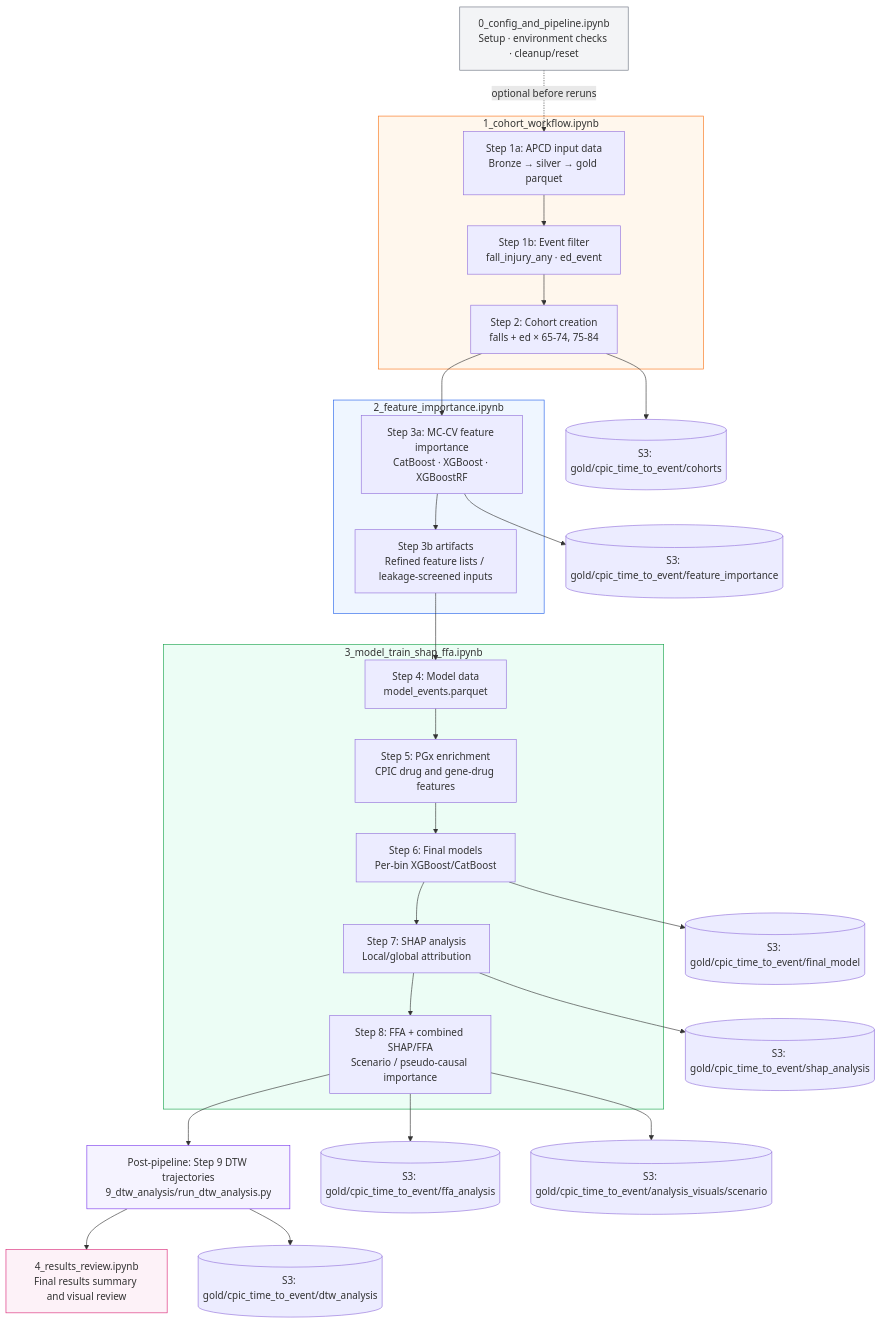
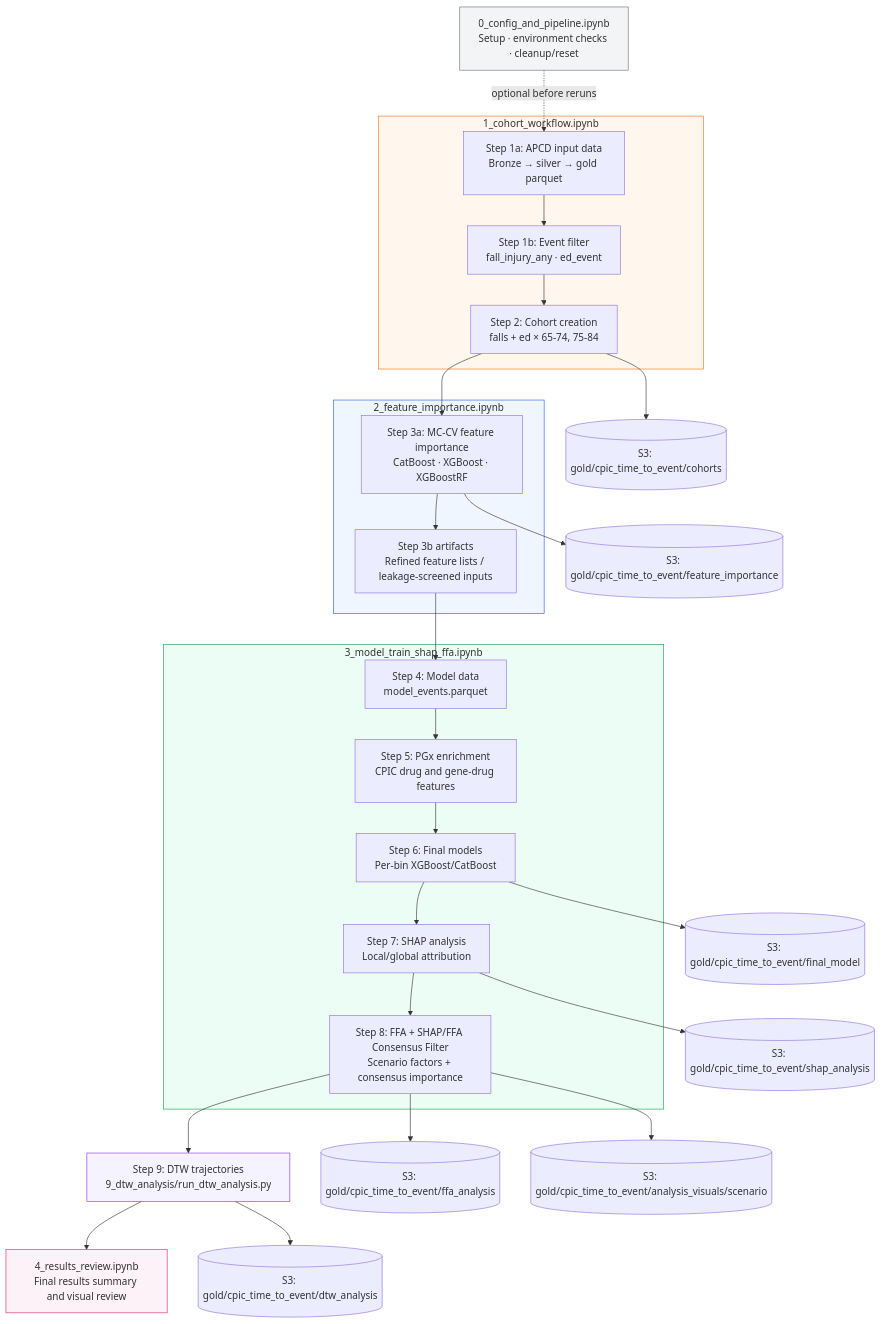
One commit to Jerome3590/cpic_time_to_event_analysis changed the diagram in README.md. Above: the diagram before and after it, drawn with Mermaid. The commit also changed other lines of this file and 2 other files, not shown here.

````diff
--- a/README.md
+++ b/README.md
@@ -86,44 +94,44 @@
 ```mermaid
 flowchart TD
     SETUP["0_config_and_pipeline.ipynb<br/>Setup · environment checks · cleanup/reset"]
 
     subgraph N1["1_cohort_workflow.ipynb"]
         A["Step 1a: APCD input data<br/>Bronze → silver → gold parquet"]
         B["Step 1b: Event filter<br/>fall_injury_any · ed_event"]
         C["Step 2: Cohort creation<br/>falls + ed × 65-74, 75-84"]
     end
 
     subgraph N2["2_feature_importance.ipynb"]
         D["Step 3a: MC-CV feature importance<br/>CatBoost · XGBoost · XGBoostRF"]
         E["Step 3b artifacts<br/>Refined feature lists / leakage-screened inputs"]
     end
 
     subgraph N3["3_model_train_shap_ffa.ipynb"]
         F["Step 4: Model data<br/>model_events.parquet"]
         G["Step 5: PGx enrichment<br/>CPIC drug and gene-drug features"]
         H["Step 6: Final models<br/>Per-bin XGBoost/CatBoost"]
         I["Step 7: SHAP analysis<br/>Local/global attribution"]
-        J["Step 8: FFA + combined SHAP/FFA<br/>Scenario / pseudo-causal importance"]
+        J["Step 8: FFA + SHAP/FFA Consensus Filter<br/>Scenario factors + consensus importance"]
     end
 
-    K["Post-pipeline: Step 9 DTW trajectories<br/>9_dtw_analysis/run_dtw_analysis.py"]
+    K["Step 9: DTW trajectories<br/>9_dtw_analysis/run_dtw_analysis.py"]
     L["4_results_review.ipynb<br/>Final results summary and visual review"]
 
     SETUP -. "optional before reruns" .-> A
     A --> B --> C --> D --> E --> F --> G --> H --> I --> J --> K --> L
 
     C --> COUT[("S3: gold/cpic_time_to_event/cohorts")]
     D --> FIOUT[("S3: gold/cpic_time_to_event/feature_importance")]
     H --> MOUT[("S3: gold/cpic_time_to_event/final_model")]
     I --> SHAPOUT[("S3: gold/cpic_time_to_event/shap_analysis")]
     J --> FFAOUT[("S3: gold/cpic_time_to_event/ffa_analysis")]
     J --> SCENARIOOUT[("S3: gold/cpic_time_to_event/analysis_visuals/scenario")]
     K --> DTWOUT[("S3: gold/cpic_time_to_event/dtw_analysis")]
 
     style SETUP fill:#f3f4f6,stroke:#6b7280
     style N1 fill:#fff7ed,stroke:#f97316
     style N2 fill:#eff6ff,stroke:#2563eb
     style N3 fill:#ecfdf5,stroke:#16a34a
     style K fill:#f5f3ff,stroke:#7c3aed
     style L fill:#fdf2f8,stroke:#db2777
 ```
````
